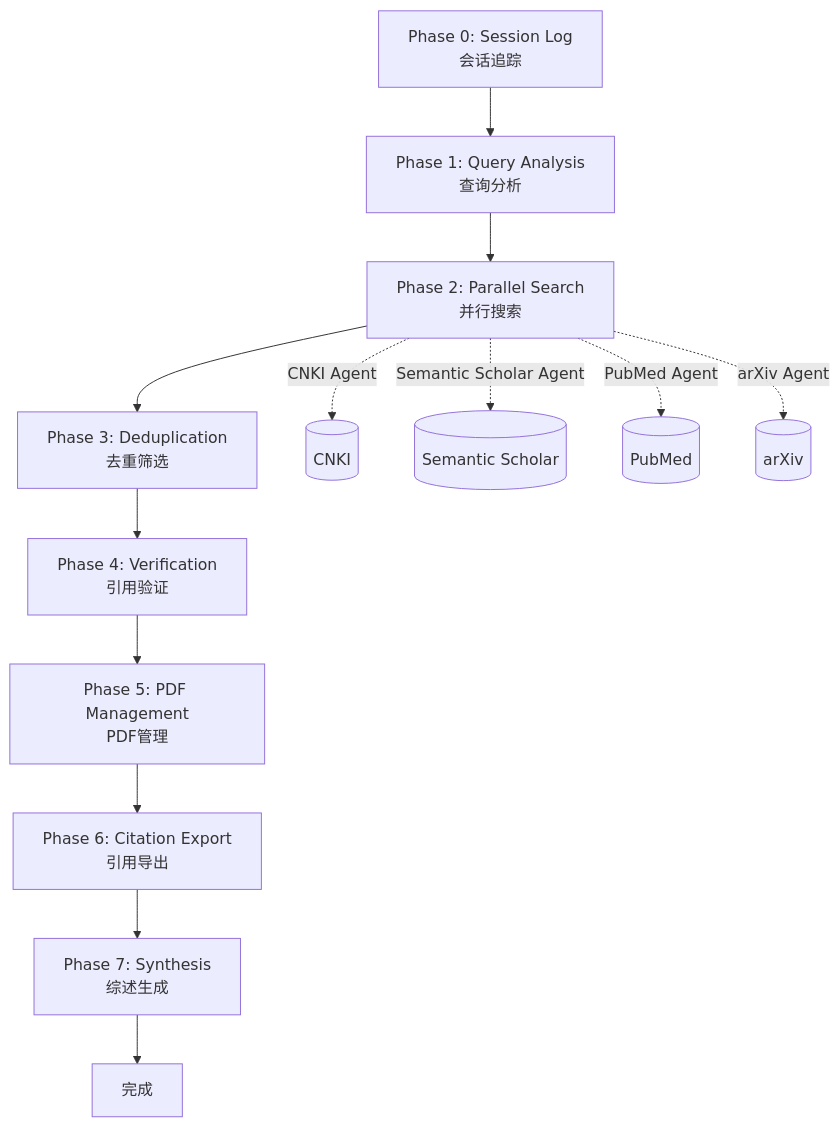
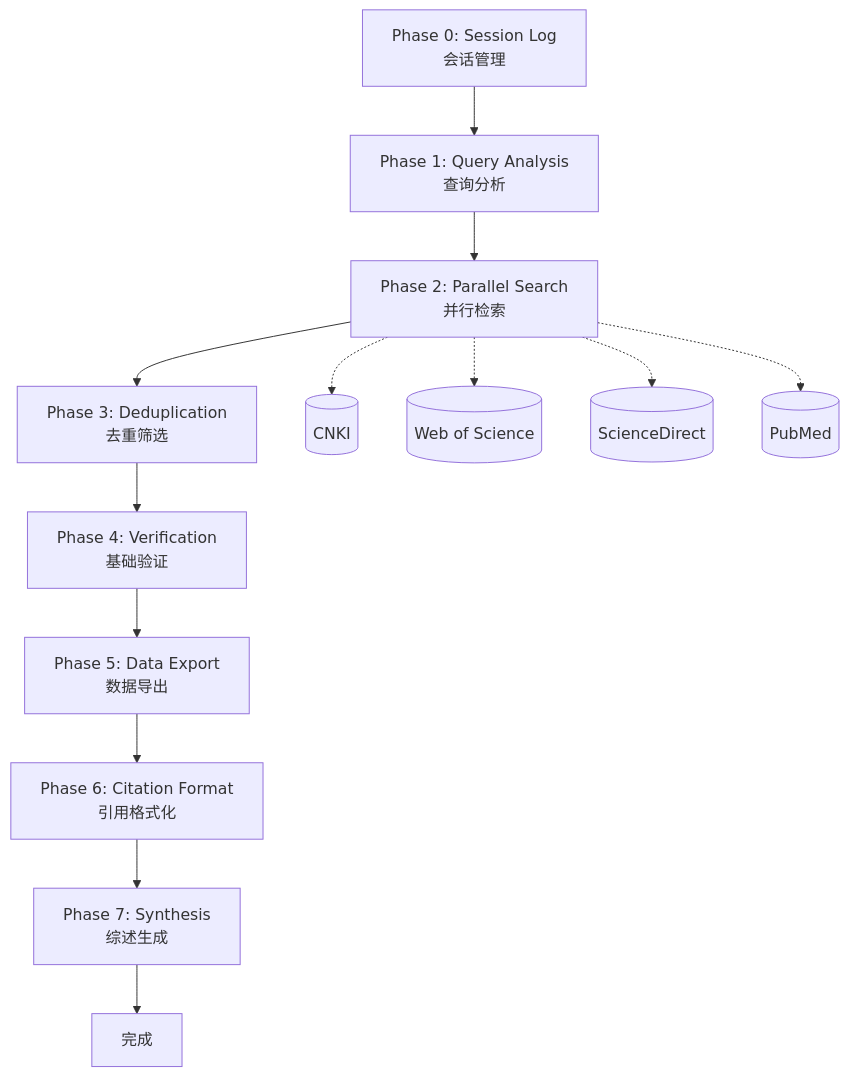
The diagram in README.md (stephenlzc/AI-Powered-Literature-Review-Skills), drawn with Mermaid before and after one commit. The commit also changed other lines of this file and 2 other files, not shown here.

````diff
--- a/README.md
+++ b/README.md
@@ -87,16 +51,16 @@
 ```mermaid
 flowchart TD
-    P0[Phase 0: Session Log<br/>会话追踪] --> P1
+    P0[Phase 0: Session Log<br/>会话管理] --> P1
     P1[Phase 1: Query Analysis<br/>查询分析] --> P2
-    P2[Phase 2: Parallel Search<br/>并行搜索] --> P3
+    P2[Phase 2: Parallel Search<br/>并行检索] --> P3
     P3[Phase 3: Deduplication<br/>去重筛选] --> P4
-    P4[Phase 4: Verification<br/>引用验证] --> P5
-    P5[Phase 5: PDF Management<br/>PDF管理] --> P6
-    P6[Phase 6: Citation Export<br/>引用导出] --> P7
+    P4[Phase 4: Verification<br/>基础验证] --> P5
+    P5[Phase 5: Data Export<br/>数据导出] --> P6
+    P6[Phase 6: Citation Format<br/>引用格式化] --> P7
     P7[Phase 7: Synthesis<br/>综述生成] --> END[完成]
     
-    P2 -.->|CNKI Agent| CNKI[(CNKI)]
-    P2 -.->|Semantic Scholar Agent| SS[(Semantic Scholar)]
-    P2 -.->|PubMed Agent| PM[(PubMed)]
-    P2 -.->|arXiv Agent| ARXIV[(arXiv)]
+    P2 -.-> CNKI[(CNKI)]
+    P2 -.-> WOS[(Web of Science)]
+    P2 -.-> SD[(ScienceDirect)]
+    P2 -.-> PM[(PubMed)]
 ```
````
